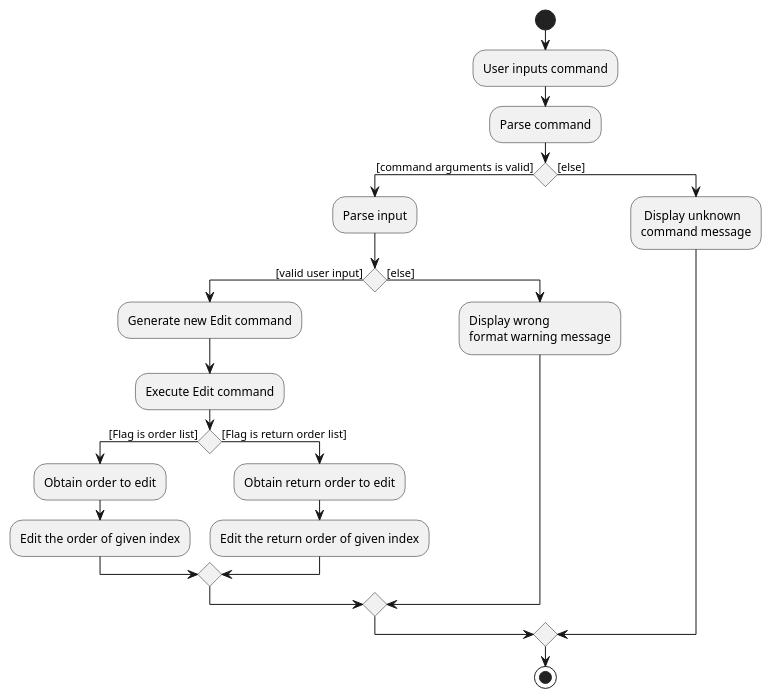
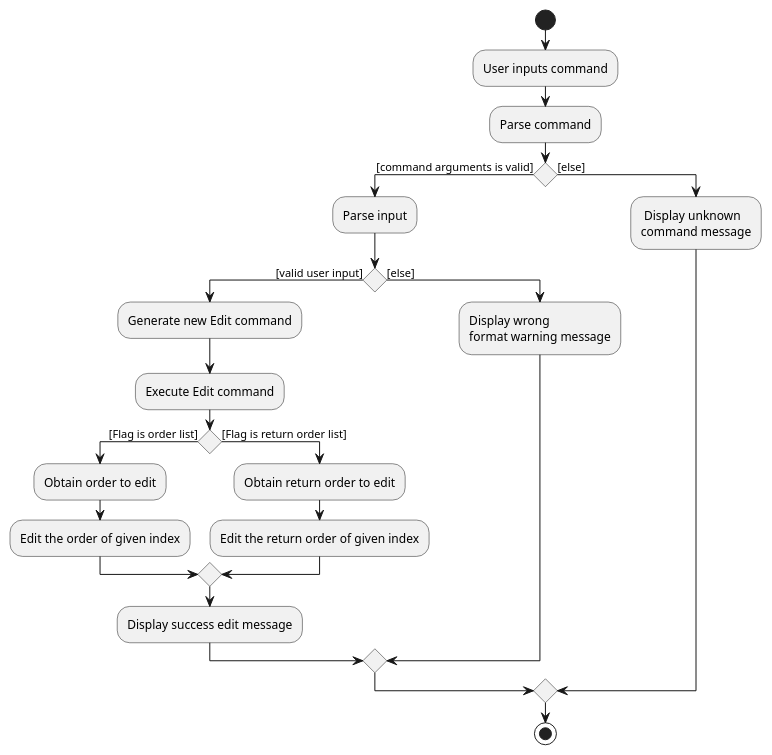
The diagram in docs/diagrams/EditCommandActivityDiagram.puml (nus-cs2103-AY1920S2/addressbook-level3), drawn with PlantUML before and after one commit.

Commit message:
Add success edit action in EditActivityDiagram

```diff
--- a/docs/diagrams/EditCommandActivityDiagram.puml
+++ b/docs/diagrams/EditCommandActivityDiagram.puml
@@ -1,28 +1,29 @@
 @startuml
 start
 :User inputs command;
 :Parse command;
 
 if () then ([command arguments is valid])
     :Parse input;
     if () then ([valid user input])
         :Generate new Edit command;
         :Execute Edit command;
         if () then ([Flag is order list])
         :Obtain order to edit;
         :Edit the order of given index;
         else ([Flag is return order list])
         :Obtain return order to edit;
         :Edit the return order of given index;
         endif
+        :Display success edit message;
     else ([else])
         :Display wrong
         format warning message;
     endif
 else ([else])
     : Display unknown
     command message;
 endif
 
 stop
 @enduml
```
